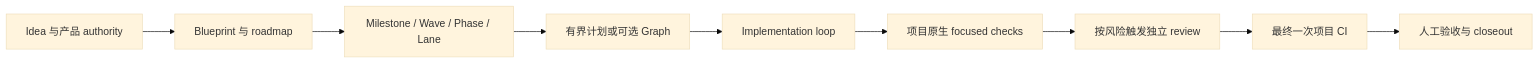
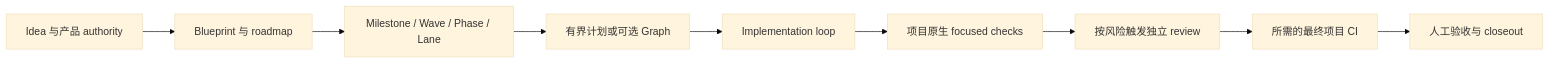
One commit to JoeKeepGo/SAGE-Kit changed the diagram in README.zh-CN.md. Above: the diagram before and after it, drawn with Mermaid (base theme). The commit also changed other lines of this file and 55 other files, not shown here.

````diff
--- a/README.zh-CN.md
+++ b/README.zh-CN.md
@@ -17,11 +17,11 @@
 ```mermaid
 flowchart LR
   A["Idea 与产品 authority"] --> B["Blueprint 与 roadmap"]
   B --> C["Milestone / Wave / Phase / Lane"]
   C --> D["有界计划或可选 Graph"]
   D --> E["Implementation loop"]
   E --> F["项目原生 focused checks"]
   F --> G["按风险触发独立 review"]
-  G --> H["最终一次项目 CI"]
+  G --> H["所需的最终项目 CI"]
   H --> I["人工验收与 closeout"]
 ```
````
